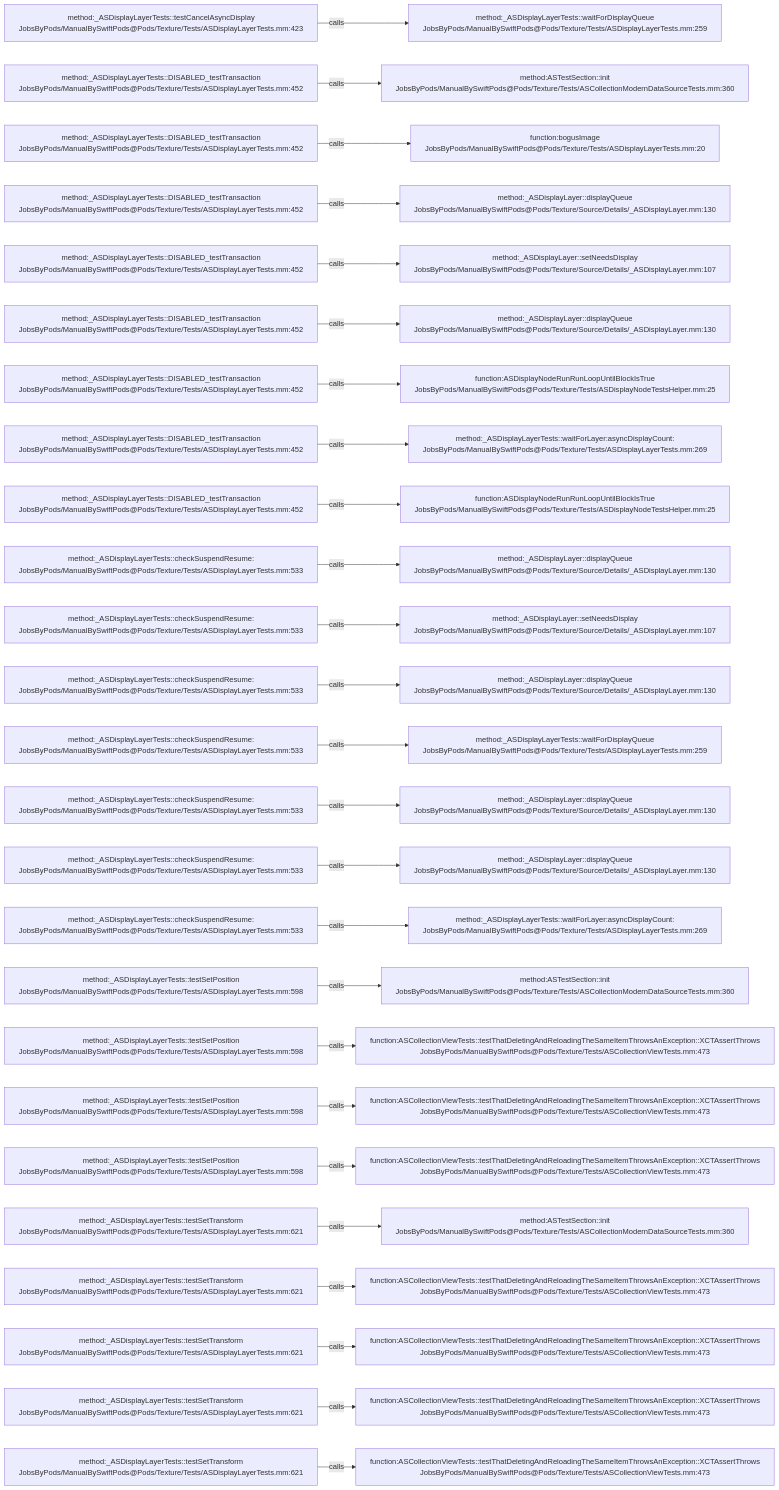
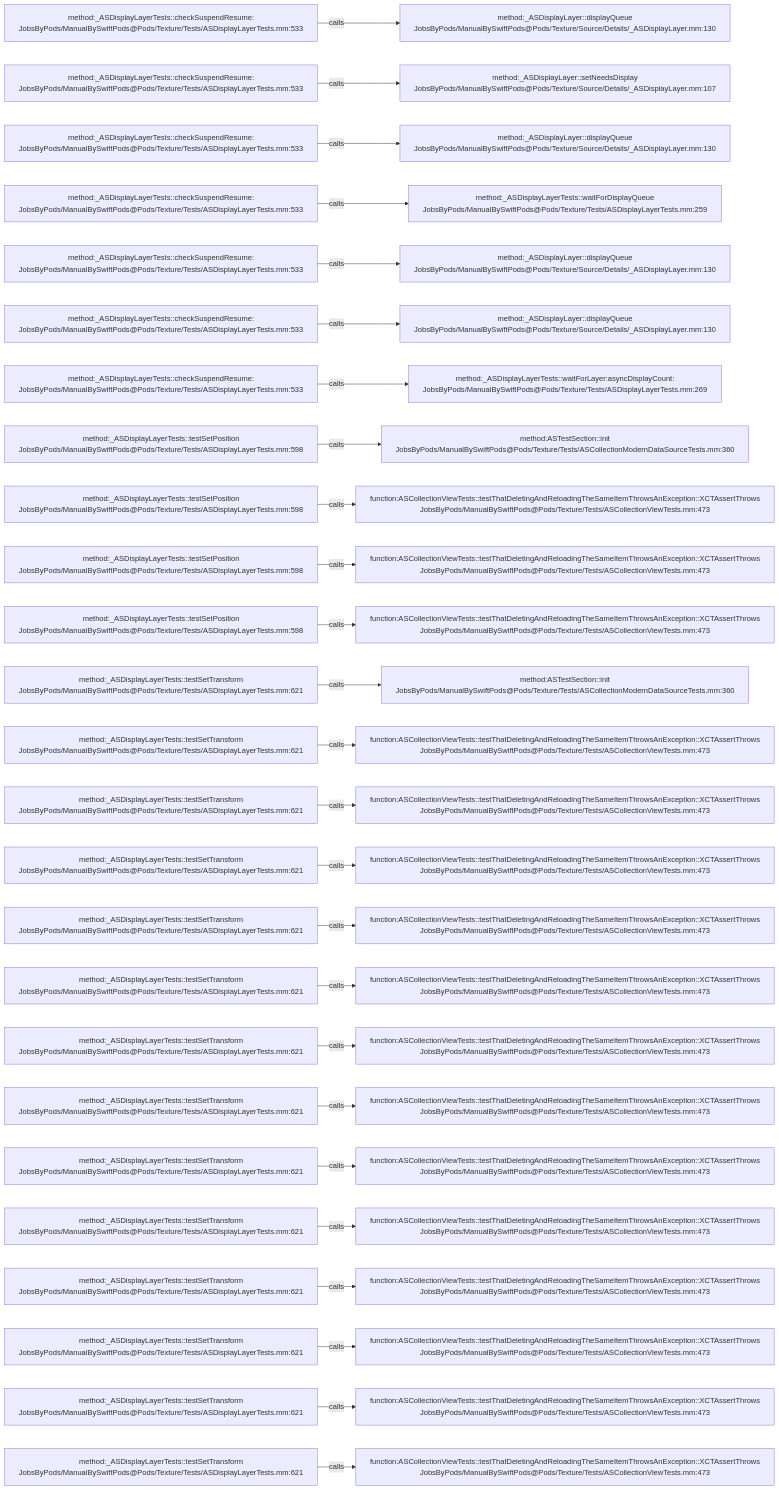
The diagram in .codegraph/codegraph.md/graphs/calls-181.md (JobsKits/JobsSwiftBaseConfigDemo), drawn with Mermaid before and after one commit. The commit also changed 707 other files, not shown here.

````diff
--- a/.codegraph/codegraph.md/graphs/calls-181.md
+++ b/.codegraph/codegraph.md/graphs/calls-181.md
@@ -13,78 +13,78 @@
 ```mermaid
 flowchart LR
-  S1["method:_ASDisplayLayerTests::testCancelAsyncDisplay<br/>JobsByPods/ManualBySwiftPods@Pods/Texture/Tests/ASDisplayLayerTests.mm:423"]
-  T1["method:_ASDisplayLayerTests::waitForDisplayQueue<br/>JobsByPods/ManualBySwiftPods@Pods/Texture/Tests/ASDisplayLayerTests.mm:259"]
+  S1["method:_ASDisplayLayerTests::checkSuspendResume:<br/>JobsByPods/ManualBySwiftPods@Pods/Texture/Tests/ASDisplayLayerTests.mm:533"]
+  T1["method:_ASDisplayLayer::displayQueue<br/>JobsByPods/ManualBySwiftPods@Pods/Texture/Source/Details/_ASDisplayLayer.mm:130"]
   S1 -->|calls| T1
-  S2["method:_ASDisplayLayerTests::DISABLED_testTransaction<br/>JobsByPods/ManualBySwiftPods@Pods/Texture/Tests/ASDisplayLayerTests.mm:452"]
-  T2["method:ASTestSection::init<br/>JobsByPods/ManualBySwiftPods@Pods/Texture/Tests/ASCollectionModernDataSourceTests.mm:360"]
+  S2["method:_ASDisplayLayerTests::checkSuspendResume:<br/>JobsByPods/ManualBySwiftPods@Pods/Texture/Tests/ASDisplayLayerTests.mm:533"]
+  T2["method:_ASDisplayLayer::setNeedsDisplay<br/>JobsByPods/ManualBySwiftPods@Pods/Texture/Source/Details/_ASDisplayLayer.mm:107"]
   S2 -->|calls| T2
-  S3["method:_ASDisplayLayerTests::DISABLED_testTransaction<br/>JobsByPods/ManualBySwiftPods@Pods/Texture/Tests/ASDisplayLayerTests.mm:452"]
-  T3["function:bogusImage<br/>JobsByPods/ManualBySwiftPods@Pods/Texture/Tests/ASDisplayLayerTests.mm:20"]
+  S3["method:_ASDisplayLayerTests::checkSuspendResume:<br/>JobsByPods/ManualBySwiftPods@Pods/Texture/Tests/ASDisplayLayerTests.mm:533"]
+  T3["method:_ASDisplayLayer::displayQueue<br/>JobsByPods/ManualBySwiftPods@Pods/Texture/Source/Details/_ASDisplayLayer.mm:130"]
   S3 -->|calls| T3
-  S4["method:_ASDisplayLayerTests::DISABLED_testTransaction<br/>JobsByPods/ManualBySwiftPods@Pods/Texture/Tests/ASDisplayLayerTests.mm:452"]
-  T4["method:_ASDisplayLayer::displayQueue<br/>JobsByPods/ManualBySwiftPods@Pods/Texture/Source/Details/_ASDisplayLayer.mm:130"]
+  S4["method:_ASDisplayLayerTests::checkSuspendResume:<br/>JobsByPods/ManualBySwiftPods@Pods/Texture/Tests/ASDisplayLayerTests.mm:533"]
+  T4["method:_ASDisplayLayerTests::waitForDisplayQueue<br/>JobsByPods/ManualBySwiftPods@Pods/Texture/Tests/ASDisplayLayerTests.mm:259"]
   S4 -->|calls| T4
-  S5["method:_ASDisplayLayerTests::DISABLED_testTransaction<br/>JobsByPods/ManualBySwiftPods@Pods/Texture/Tests/ASDisplayLayerTests.mm:452"]
-  T5["method:_ASDisplayLayer::setNeedsDisplay<br/>JobsByPods/ManualBySwiftPods@Pods/Texture/Source/Details/_ASDisplayLayer.mm:107"]
+  S5["method:_ASDisplayLayerTests::checkSuspendResume:<br/>JobsByPods/ManualBySwiftPods@Pods/Texture/Tests/ASDisplayLayerTests.mm:533"]
+  T5["method:_ASDisplayLayer::displayQueue<br/>JobsByPods/ManualBySwiftPods@Pods/Texture/Source/Details/_ASDisplayLayer.mm:130"]
   S5 -->|calls| T5
-  S6["method:_ASDisplayLayerTests::DISABLED_testTransaction<br/>JobsByPods/ManualBySwiftPods@Pods/Texture/Tests/ASDisplayLayerTests.mm:452"]
+  S6["method:_ASDisplayLayerTests::checkSuspendResume:<br/>JobsByPods/ManualBySwiftPods@Pods/Texture/Tests/ASDisplayLayerTests.mm:533"]
   T6["method:_ASDisplayLayer::displayQueue<br/>JobsByPods/ManualBySwiftPods@Pods/Texture/Source/Details/_ASDisplayLayer.mm:130"]
   S6 -->|calls| T6
-  S7["method:_ASDisplayLayerTests::DISABLED_testTransaction<br/>JobsByPods/ManualBySwiftPods@Pods/Texture/Tests/ASDisplayLayerTests.mm:452"]
-  T7["function:ASDisplayNodeRunRunLoopUntilBlockIsTrue<br/>JobsByPods/ManualBySwiftPods@Pods/Texture/Tests/ASDisplayNodeTestsHelper.mm:25"]
+  S7["method:_ASDisplayLayerTests::checkSuspendResume:<br/>JobsByPods/ManualBySwiftPods@Pods/Texture/Tests/ASDisplayLayerTests.mm:533"]
+  T7["method:_ASDisplayLayerTests::waitForLayer:asyncDisplayCount:<br/>JobsByPods/ManualBySwiftPods@Pods/Texture/Tests/ASDisplayLayerTests.mm:269"]
   S7 -->|calls| T7
-  S8["method:_ASDisplayLayerTests::DISABLED_testTransaction<br/>JobsByPods/ManualBySwiftPods@Pods/Texture/Tests/ASDisplayLayerTests.mm:452"]
-  T8["method:_ASDisplayLayerTests::waitForLayer:asyncDisplayCount:<br/>JobsByPods/ManualBySwiftPods@Pods/Texture/Tests/ASDisplayLayerTests.mm:269"]
+  S8["method:_ASDisplayLayerTests::testSetPosition<br/>JobsByPods/ManualBySwiftPods@Pods/Texture/Tests/ASDisplayLayerTests.mm:598"]
+  T8["method:ASTestSection::init<br/>JobsByPods/ManualBySwiftPods@Pods/Texture/Tests/ASCollectionModernDataSourceTests.mm:360"]
   S8 -->|calls| T8
-  S9["method:_ASDisplayLayerTests::DISABLED_testTransaction<br/>JobsByPods/ManualBySwiftPods@Pods/Texture/Tests/ASDisplayLayerTests.mm:452"]
-  T9["function:ASDisplayNodeRunRunLoopUntilBlockIsTrue<br/>JobsByPods/ManualBySwiftPods@Pods/Texture/Tests/ASDisplayNodeTestsHelper.mm:25"]
+  S9["method:_ASDisplayLayerTests::testSetPosition<br/>JobsByPods/ManualBySwiftPods@Pods/Texture/Tests/ASDisplayLayerTests.mm:598"]
+  T9["function:ASCollectionViewTests::testThatDeletingAndReloadingTheSameItemThrowsAnException::XCTAssertThrows<br/>JobsByPods/ManualBySwiftPods@Pods/Texture/Tests/ASCollectionViewTests.mm:473"]
   S9 -->|calls| T9
-  S10["method:_ASDisplayLayerTests::checkSuspendResume:<br/>JobsByPods/ManualBySwiftPods@Pods/Texture/Tests/ASDisplayLayerTests.mm:533"]
-  T10["method:_ASDisplayLayer::displayQueue<br/>JobsByPods/ManualBySwiftPods@Pods/Texture/Source/Details/_ASDisplayLayer.mm:130"]
+  S10["method:_ASDisplayLayerTests::testSetPosition<br/>JobsByPods/ManualBySwiftPods@Pods/Texture/Tests/ASDisplayLayerTests.mm:598"]
+  T10["function:ASCollectionViewTests::testThatDeletingAndReloadingTheSameItemThrowsAnException::XCTAssertThrows<br/>JobsByPods/ManualBySwiftPods@Pods/Texture/Tests/ASCollectionViewTests.mm:473"]
   S10 -->|calls| T10
-  S11["method:_ASDisplayLayerTests::checkSuspendResume:<br/>JobsByPods/ManualBySwiftPods@Pods/Texture/Tests/ASDisplayLayerTests.mm:533"]
-  T11["method:_ASDisplayLayer::setNeedsDisplay<br/>JobsByPods/ManualBySwiftPods@Pods/Texture/Source/Details/_ASDisplayLayer.mm:107"]
+  S11["method:_ASDisplayLayerTests::testSetPosition<br/>JobsByPods/ManualBySwiftPods@Pods/Texture/Tests/ASDisplayLayerTests.mm:598"]
+  T11["function:ASCollectionViewTests::testThatDeletingAndReloadingTheSameItemThrowsAnException::XCTAssertThrows<br/>JobsByPods/ManualBySwiftPods@Pods/Texture/Tests/ASCollectionViewTests.mm:473"]
   S11 -->|calls| T11
-  S12["method:_ASDisplayLayerTests::checkSuspendResume:<br/>JobsByPods/ManualBySwiftPods@Pods/Texture/Tests/ASDisplayLayerTests.mm:533"]
-  T12["method:_ASDisplayLayer::displayQueue<br/>JobsByPods/ManualBySwiftPods@Pods/Texture/Source/Details/_ASDisplayLayer.mm:130"]
+  S12["method:_ASDisplayLayerTests::testSetTransform<br/>JobsByPods/ManualBySwiftPods@Pods/Texture/Tests/ASDisplayLayerTests.mm:621"]
+  T12["method:ASTestSection::init<br/>JobsByPods/ManualBySwiftPods@Pods/Texture/Tests/ASCollectionModernDataSourceTests.mm:360"]
   S12 -->|calls| T12
-  S13["method:_ASDisplayLayerTests::checkSuspendResume:<br/>JobsByPods/ManualBySwiftPods@Pods/Texture/Tests/ASDisplayLayerTests.mm:533"]
-  T13["method:_ASDisplayLayerTests::waitForDisplayQueue<br/>JobsByPods/ManualBySwiftPods@Pods/Texture/Tests/ASDisplayLayerTests.mm:259"]
+  S13["method:_ASDisplayLayerTests::testSetTransform<br/>JobsByPods/ManualBySwiftPods@Pods/Texture/Tests/ASDisplayLayerTests.mm:621"]
+  T13["function:ASCollectionViewTests::testThatDeletingAndReloadingTheSameItemThrowsAnException::XCTAssertThrows<br/>JobsByPods/ManualBySwiftPods@Pods/Texture/Tests/ASCollectionViewTests.mm:473"]
   S13 -->|calls| T13
-  S14["method:_ASDisplayLayerTests::checkSuspendResume:<br/>JobsByPods/ManualBySwiftPods@Pods/Texture/Tests/ASDisplayLayerTests.mm:533"]
-  T14["method:_ASDisplayLayer::displayQueue<br/>JobsByPods/ManualBySwiftPods@Pods/Texture/Source/Details/_ASDisplayLayer.mm:130"]
+  S14["method:_ASDisplayLayerTests::testSetTransform<br/>JobsByPods/ManualBySwiftPods@Pods/Texture/Tests/ASDisplayLayerTests.mm:621"]
+  T14["function:ASCollectionViewTests::testThatDeletingAndReloadingTheSameItemThrowsAnException::XCTAssertThrows<br/>JobsByPods/ManualBySwiftPods@Pods/Texture/Tests/ASCollectionViewTests.mm:473"]
   S14 -->|calls| T14
-  S15["method:_ASDisplayLayerTests::checkSuspendResume:<br/>JobsByPods/ManualBySwiftPods@Pods/Texture/Tests/ASDisplayLayerTests.mm:533"]
-  T15["method:_ASDisplayLayer::displayQueue<br/>JobsByPods/ManualBySwiftPods@Pods/Texture/Source/Details/_ASDisplayLayer.mm:130"]
+  S15["method:_ASDisplayLayerTests::testSetTransform<br/>JobsByPods/ManualBySwiftPods@Pods/Texture/Tests/ASDisplayLayerTests.mm:621"]
+  T15["function:ASCollectionViewTests::testThatDeletingAndReloadingTheSameItemThrowsAnException::XCTAssertThrows<br/>JobsByPods/ManualBySwiftPods@Pods/Texture/Tests/ASCollectionViewTests.mm:473"]
   S15 -->|calls| T15
-  S16["method:_ASDisplayLayerTests::checkSuspendResume:<br/>JobsByPods/ManualBySwiftPods@Pods/Texture/Tests/ASDisplayLayerTests.mm:533"]
-  T16["method:_ASDisplayLayerTests::waitForLayer:asyncDisplayCount:<br/>JobsByPods/ManualBySwiftPods@Pods/Texture/Tests/ASDisplayLayerTests.mm:269"]
+  S16["method:_ASDisplayLayerTests::testSetTransform<br/>JobsByPods/ManualBySwiftPods@Pods/Texture/Tests/ASDisplayLayerTests.mm:621"]
+  T16["function:ASCollectionViewTests::testThatDeletingAndReloadingTheSameItemThrowsAnException::XCTAssertThrows<br/>JobsByPods/ManualBySwiftPods@Pods/Texture/Tests/ASCollectionViewTests.mm:473"]
   S16 -->|calls| T16
-  S17["method:_ASDisplayLayerTests::testSetPosition<br/>JobsByPods/ManualBySwiftPods@Pods/Texture/Tests/ASDisplayLayerTests.mm:598"]
-  T17["method:ASTestSection::init<br/>JobsByPods/ManualBySwiftPods@Pods/Texture/Tests/ASCollectionModernDataSourceTests.mm:360"]
+  S17["method:_ASDisplayLayerTests::testSetTransform<br/>JobsByPods/ManualBySwiftPods@Pods/Texture/Tests/ASDisplayLayerTests.mm:621"]
+  T17["function:ASCollectionViewTests::testThatDeletingAndReloadingTheSameItemThrowsAnException::XCTAssertThrows<br/>JobsByPods/ManualBySwiftPods@Pods/Texture/Tests/ASCollectionViewTests.mm:473"]
   S17 -->|calls| T17
-  S18["method:_ASDisplayLayerTests::testSetPosition<br/>JobsByPods/ManualBySwiftPods@Pods/Texture/Tests/ASDisplayLayerTests.mm:598"]
+  S18["method:_ASDisplayLayerTests::testSetTransform<br/>JobsByPods/ManualBySwiftPods@Pods/Texture/Tests/ASDisplayLayerTests.mm:621"]
   T18["function:ASCollectionViewTests::testThatDeletingAndReloadingTheSameItemThrowsAnException::XCTAssertThrows<br/>JobsByPods/ManualBySwiftPods@Pods/Texture/Tests/ASCollectionViewTests.mm:473"]
   S18 -->|calls| T18
-  S19["method:_ASDisplayLayerTests::testSetPosition<br/>JobsByPods/ManualBySwiftPods@Pods/Texture/Tests/ASDisplayLayerTests.mm:598"]
+  S19["method:_ASDisplayLayerTests::testSetTransform<br/>JobsByPods/ManualBySwiftPods@Pods/Texture/Tests/ASDisplayLayerTests.mm:621"]
   T19["function:ASCollectionViewTests::testThatDeletingAndReloadingTheSameItemThrowsAnException::XCTAssertThrows<br/>JobsByPods/ManualBySwiftPods@Pods/Texture/Tests/ASCollectionViewTests.mm:473"]
   S19 -->|calls| T19
-  S20["method:_ASDisplayLayerTests::testSetPosition<br/>JobsByPods/ManualBySwiftPods@Pods/Texture/Tests/ASDisplayLayerTests.mm:598"]
+  S20["method:_ASDisplayLayerTests::testSetTransform<br/>JobsByPods/ManualBySwiftPods@Pods/Texture/Tests/ASDisplayLayerTests.mm:621"]
   T20["function:ASCollectionViewTests::testThatDeletingAndReloadingTheSameItemThrowsAnException::XCTAssertThrows<br/>JobsByPods/ManualBySwiftPods@Pods/Texture/Tests/ASCollectionViewTests.mm:473"]
   S20 -->|calls| T20
   S21["method:_ASDisplayLayerTests::testSetTransform<br/>JobsByPods/ManualBySwiftPods@Pods/Texture/Tests/ASDisplayLayerTests.mm:621"]
-  T21["method:ASTestSection::init<br/>JobsByPods/ManualBySwiftPods@Pods/Texture/Tests/ASCollectionModernDataSourceTests.mm:360"]
+  T21["function:ASCollectionViewTests::testThatDeletingAndReloadingTheSameItemThrowsAnException::XCTAssertThrows<br/>JobsByPods/ManualBySwiftPods@Pods/Texture/Tests/ASCollectionViewTests.mm:473"]
   S21 -->|calls| T21
   S22["method:_ASDisplayLayerTests::testSetTransform<br/>JobsByPods/ManualBySwiftPods@Pods/Texture/Tests/ASDisplayLayerTests.mm:621"]
   T22["function:ASCollectionViewTests::testThatDeletingAndReloadingTheSameItemThrowsAnException::XCTAssertThrows<br/>JobsByPods/ManualBySwiftPods@Pods/Texture/Tests/ASCollectionViewTests.mm:473"]
   S22 -->|calls| T22
   S23["method:_ASDisplayLayerTests::testSetTransform<br/>JobsByPods/ManualBySwiftPods@Pods/Texture/Tests/ASDisplayLayerTests.mm:621"]
   T23["function:ASCollectionViewTests::testThatDeletingAndReloadingTheSameItemThrowsAnException::XCTAssertThrows<br/>JobsByPods/ManualBySwiftPods@Pods/Texture/Tests/ASCollectionViewTests.mm:473"]
   S23 -->|calls| T23
   S24["method:_ASDisplayLayerTests::testSetTransform<br/>JobsByPods/ManualBySwiftPods@Pods/Texture/Tests/ASDisplayLayerTests.mm:621"]
   T24["function:ASCollectionViewTests::testThatDeletingAndReloadingTheSameItemThrowsAnException::XCTAssertThrows<br/>JobsByPods/ManualBySwiftPods@Pods/Texture/Tests/ASCollectionViewTests.mm:473"]
   S24 -->|calls| T24
   S25["method:_ASDisplayLayerTests::testSetTransform<br/>JobsByPods/ManualBySwiftPods@Pods/Texture/Tests/ASDisplayLayerTests.mm:621"]
   T25["function:ASCollectionViewTests::testThatDeletingAndReloadingTheSameItemThrowsAnException::XCTAssertThrows<br/>JobsByPods/ManualBySwiftPods@Pods/Texture/Tests/ASCollectionViewTests.mm:473"]
   S25 -->|calls| T25
 ```
````
